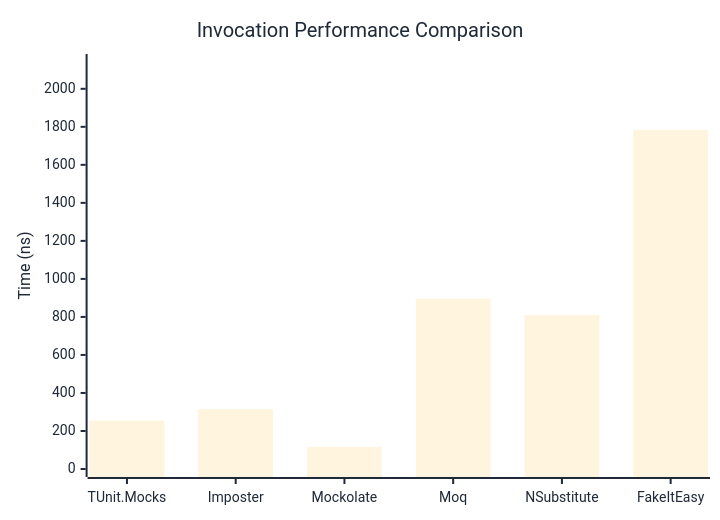
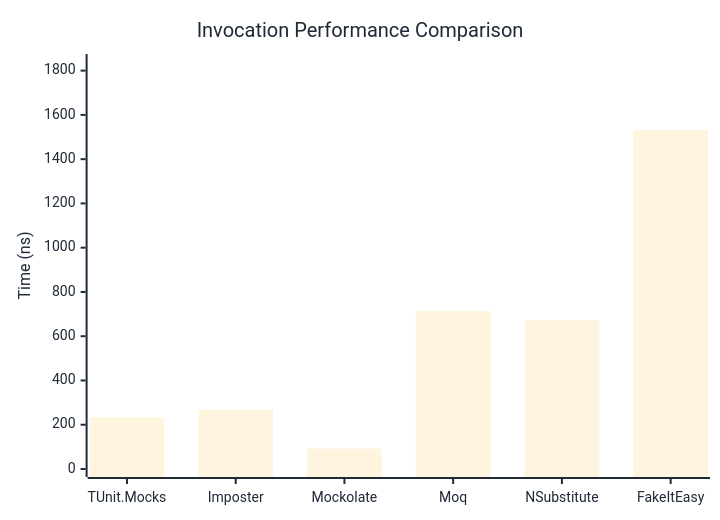
Before and after one commit to weiyilai/TUnit: the first of 3 diagrams in docs/docs/benchmarks/mocks/Invocation.md, drawn with Mermaid. The commit also changed other lines of this file and 14 other files, not shown here.

````diff
--- a/docs/docs/benchmarks/mocks/Invocation.md
+++ b/docs/docs/benchmarks/mocks/Invocation.md
@@ -28,27 +28,27 @@
 ```mermaid
 %%{init: {
   'theme':'base',
   'themeVariables': {
     'primaryColor': '#2563eb',
     'primaryTextColor': '#1f2937',
     'primaryBorderColor': '#1e40af',
     'lineColor': '#6b7280',
     'secondaryColor': '#7c3aed',
     'tertiaryColor': '#dc2626',
     'background': '#ffffff',
     'pie1': '#2563eb',
     'pie2': '#7c3aed',
     'pie3': '#dc2626',
     'pie4': '#f59e0b',
     'pie5': '#10b981',
     'pie6': '#06b6d4',
     'pie7': '#ec4899',
     'pie8': '#6366f1'
   }
 }}%%
 xychart-beta
   title "Invocation Performance Comparison"
   x-axis ["TUnit.Mocks", "Imposter", "Mockolate", "Moq", "NSubstitute", "FakeItEasy"]
-  y-axis "Time (ns)" 0 --> 2141
-  bar [254.6, 315.1, 116.6, 896.3, 809.4, 1784]
+  y-axis "Time (ns)" 0 --> 1839
+  bar [233.02, 267.71, 92.02, 713.4, 673.83, 1531.74]
 ```
````
